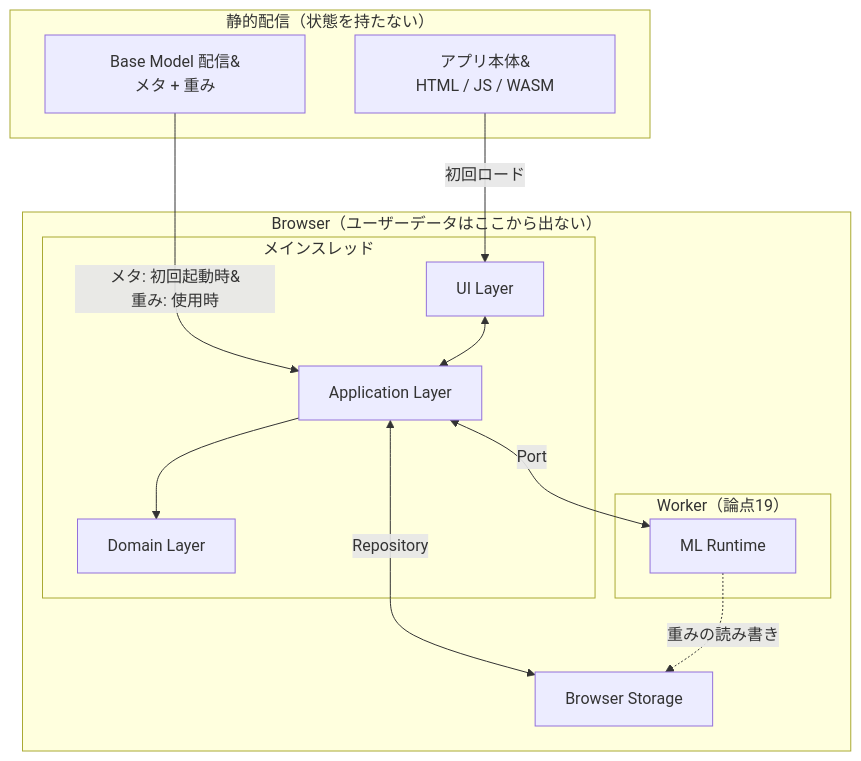
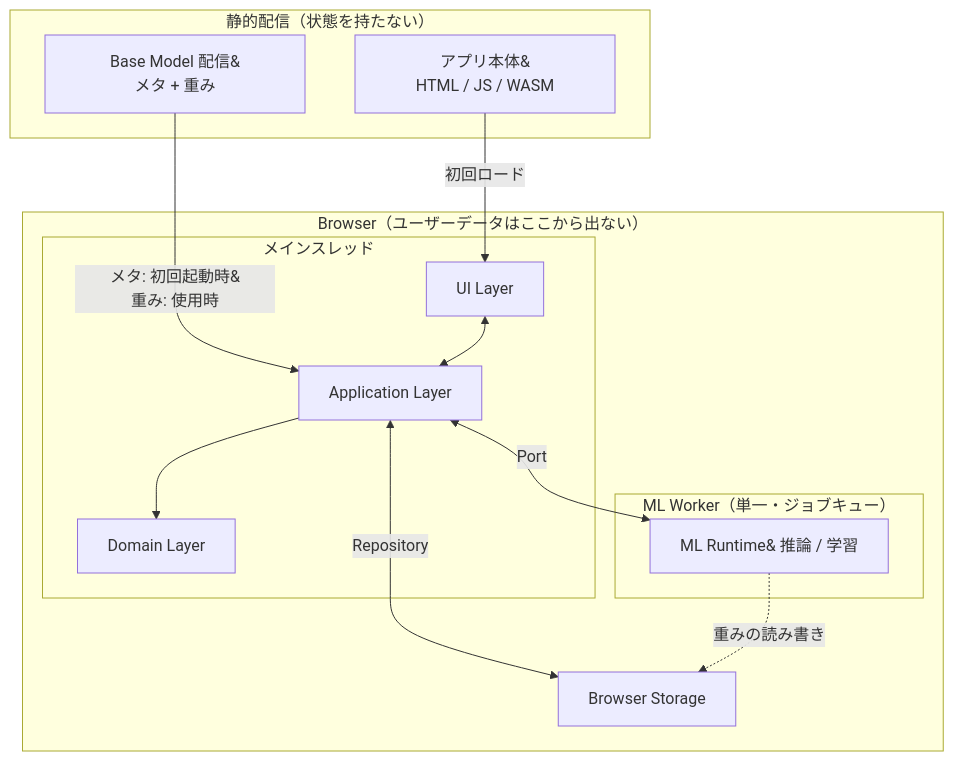
One commit to Tosei-sudo/browser-ai-framework changed the first of 7 diagrams in docs/design/03-system-architecture.md. Above: the diagram before and after it, drawn with Mermaid. The commit also changed other lines of this file and 1 other file, not shown here.

````diff
--- a/docs/design/03-system-architecture.md
+++ b/docs/design/03-system-architecture.md
@@ -35,27 +35,27 @@
 ```mermaid
 flowchart TB
   subgraph static["静的配信（状態を持たない）"]
     APP["アプリ本体&#10;HTML / JS / WASM"]
     BASE["Base Model 配信&#10;メタ + 重み"]
   end
 
   subgraph browser["Browser（ユーザーデータはここから出ない）"]
     subgraph main["メインスレッド"]
       UI["UI Layer"]
       APPL["Application Layer"]
       DOMAIN["Domain Layer"]
     end
-    subgraph worker["Worker（論点19）"]
-      MLR["ML Runtime"]
+    subgraph worker["ML Worker（単一・ジョブキュー）"]
+      MLR["ML Runtime&#10;推論 / 学習"]
     end
     STORE["Browser Storage"]
   end
 
   APP -->|初回ロード| UI
   BASE -->|メタ: 初回起動時&#10;重み: 使用時| APPL
   UI <--> APPL
   APPL --> DOMAIN
   APPL <-->|Port| MLR
   APPL <-->|Repository| STORE
   MLR -.->|重みの読み書き| STORE
 ```
````
